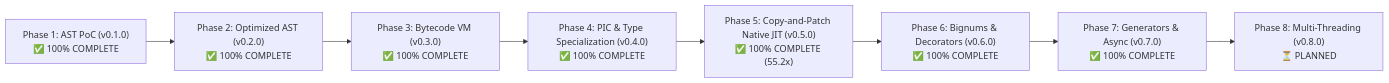
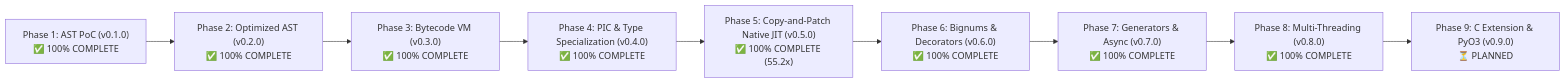
The diagram in developer_doc/roadmap.md (babar-xagi/zython-), drawn with Mermaid before and after one commit. The commit also changed other lines of this file and 22 other files, not shown here.

First line of the commit message:
feat(v0.8.0): complete Phase 8 native multi-threading, concurrency primitives & threadpool

````diff
--- a/developer_doc/roadmap.md
+++ b/developer_doc/roadmap.md
@@ -9,10 +9,11 @@
 ```mermaid
 flowchart LR
     P1["Phase 1: AST PoC (v0.1.0)<br>✅ 100% COMPLETE"] --> P2["Phase 2: Optimized AST (v0.2.0)<br>✅ 100% COMPLETE"]
     P2 --> P3["Phase 3: Bytecode VM (v0.3.0)<br>✅ 100% COMPLETE"]
     P3 --> P4["Phase 4: PIC & Type Specialization (v0.4.0)<br>✅ 100% COMPLETE"]
     P4 --> P5["Phase 5: Copy-and-Patch Native JIT (v0.5.0)<br>✅ 100% COMPLETE (55.2x)"]
     P5 --> P6["Phase 6: Bignums & Decorators (v0.6.0)<br>✅ 100% COMPLETE"]
     P6 --> P7["Phase 7: Generators & Async (v0.7.0)<br>✅ 100% COMPLETE"]
-    P7 --> P8["Phase 8: Multi-Threading (v0.8.0)<br>⏳ PLANNED"]
+    P7 --> P8["Phase 8: Multi-Threading (v0.8.0)<br>✅ 100% COMPLETE"]
+    P8 --> P9["Phase 9: C Extension & PyO3 (v0.9.0)<br>⏳ PLANNED"]
 ```
````
